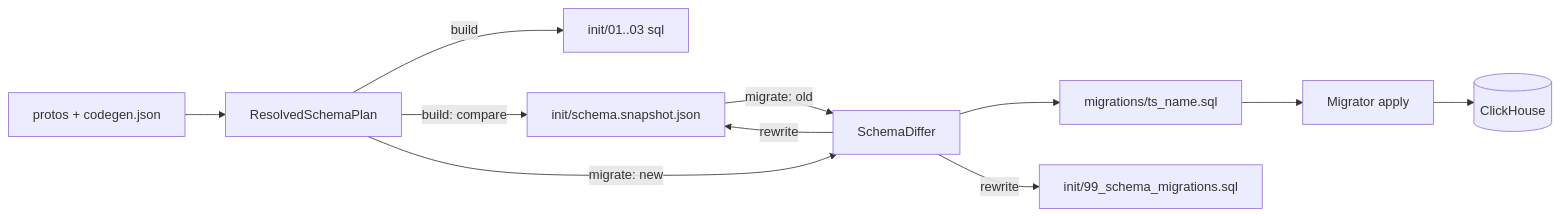
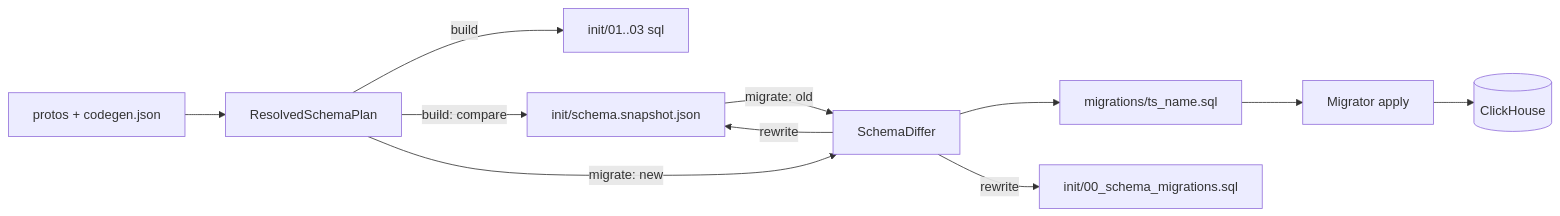
The diagram in MIGRATIONS_PLAN.md (Tirael/kafka2ch), drawn with Mermaid before and after one commit. The commit also changed other lines of this file and 18 other files, not shown here.

Commit message:
Record bootstrap init scripts in schema_migrations and move versions script to reserved 00 prefix (#34)

````diff
--- a/MIGRATIONS_PLAN.md
+++ b/MIGRATIONS_PLAN.md
@@ -136,13 +136,13 @@
 ```mermaid
 flowchart LR
   protos[protos + codegen.json] --> plan[ResolvedSchemaPlan]
   plan -->|build| init[init/01..03 sql]
   plan -->|build: compare| snap[init/schema.snapshot.json]
   snap -->|migrate: old| differ[SchemaDiffer]
   plan -->|migrate: new| differ
   differ --> mig[migrations/ts_name.sql]
   differ -->|rewrite| snap
-  differ -->|rewrite| ver[init/99_schema_migrations.sql]
+  differ -->|rewrite| ver[init/00_schema_migrations.sql]
   mig --> runner[Migrator apply]
   runner --> ch[(ClickHouse)]
 ```
````
